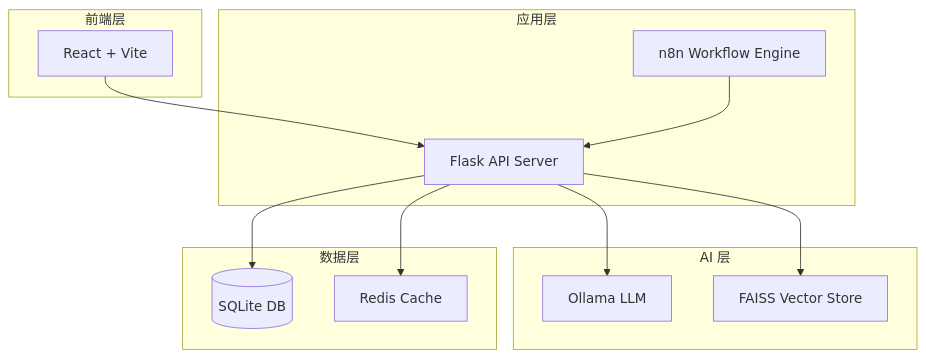
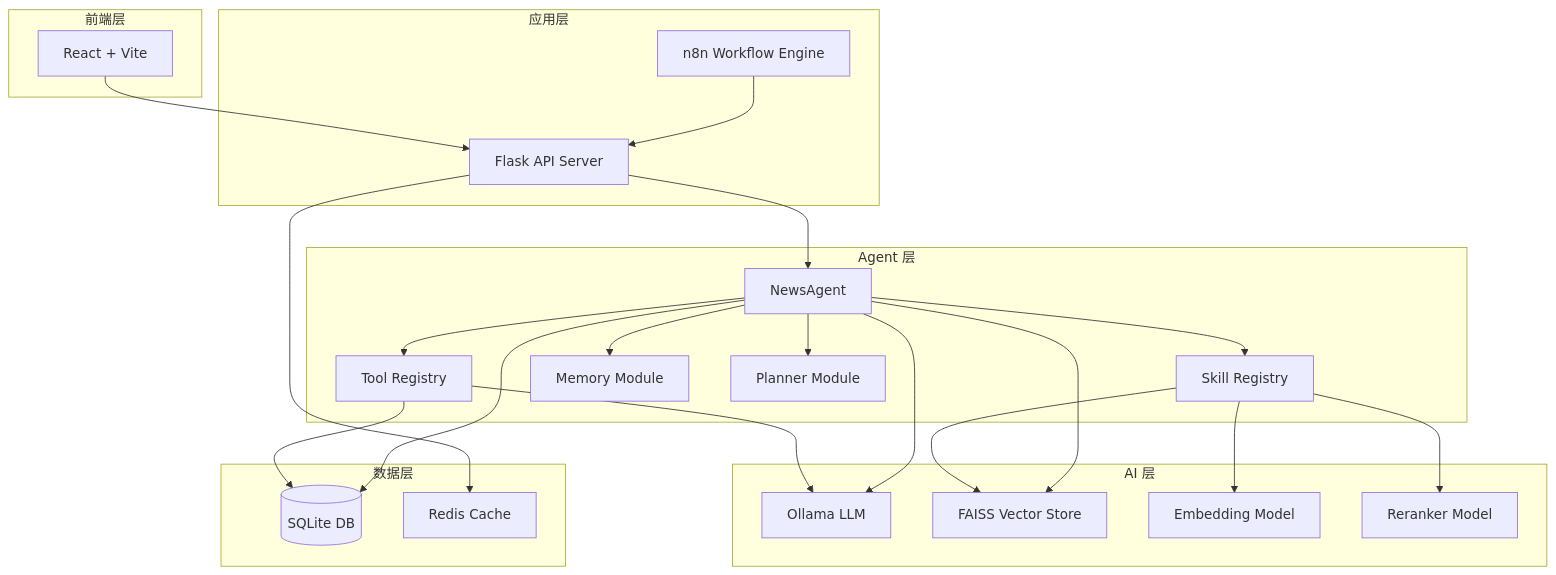
Before and after one commit to lsy900916/Xu-homework8: the first of 2 diagrams in 项目说明.md, drawn with Mermaid. The commit also changed other lines of this file and 8 other files, not shown here.

````diff
--- a/项目说明.md
+++ b/项目说明.md
@@ -81,28 +94,48 @@
 ```mermaid
 graph TB
     subgraph "前端层"
         A[React + Vite]
     end
 
     subgraph "应用层"
         B[Flask API Server]
         C[n8n Workflow Engine]
     end
 
+    subgraph "Agent 层"
+        D[NewsAgent]
+        E[Skill Registry]
+        F[Tool Registry]
+        G[Memory Module]
+        H[Planner Module]
+    end
+
     subgraph "AI 层"
-        D[Ollama LLM]
-        E[FAISS Vector Store]
+        I[Ollama LLM]
+        J[FAISS Vector Store]
+        K[Embedding Model]
+        L[Reranker Model]
     end
 
     subgraph "数据层"
-        F[(SQLite DB)]
-        G[Redis Cache]
+        M[(SQLite DB)]
+        N[Redis Cache]
     end
 
     A --> B
     C --> B
     B --> D
-    B --> E
-    B --> F
-    B --> G
+    D --> E
+    D --> F
+    D --> G
+    D --> H
+    E --> J
+    E --> K
+    E --> L
+    F --> I
+    F --> M
+    D --> I
+    D --> J
+    D --> M
+    B --> N
 ```
````
